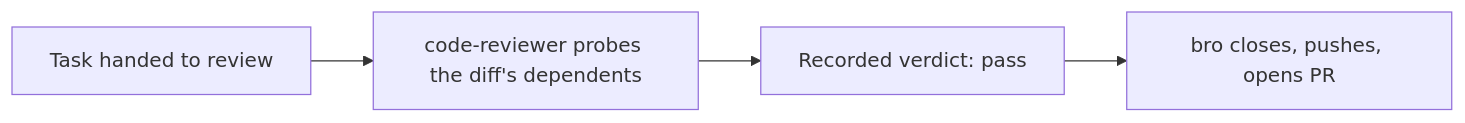
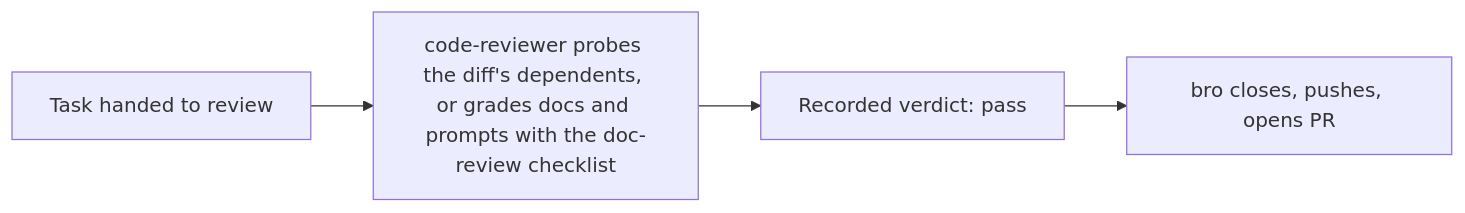
One commit to trustmybot/plugin changed the seventh of 17 diagrams in docs/architecture/FLOWS.md. Above: the diagram before and after it, drawn with Mermaid. The commit also changed other lines of this file and 3 other files, not shown here.

First line of the commit message:
📝 docs(architecture): code task and non-code task flows (GH 3139)

````diff
--- a/docs/architecture/FLOWS.md
+++ b/docs/architecture/FLOWS.md
@@ -112,6 +118,6 @@
 ```mermaid
 flowchart LR
-    A[Task handed to review] --> B[code-reviewer probes the diff's dependents]
+    A[Task handed to review] --> B[code-reviewer probes the diff's dependents, or grades docs and prompts with the doc-review checklist]
     B --> C[Recorded verdict: pass]
     C --> D[bro closes, pushes, opens PR]
 ```
````
